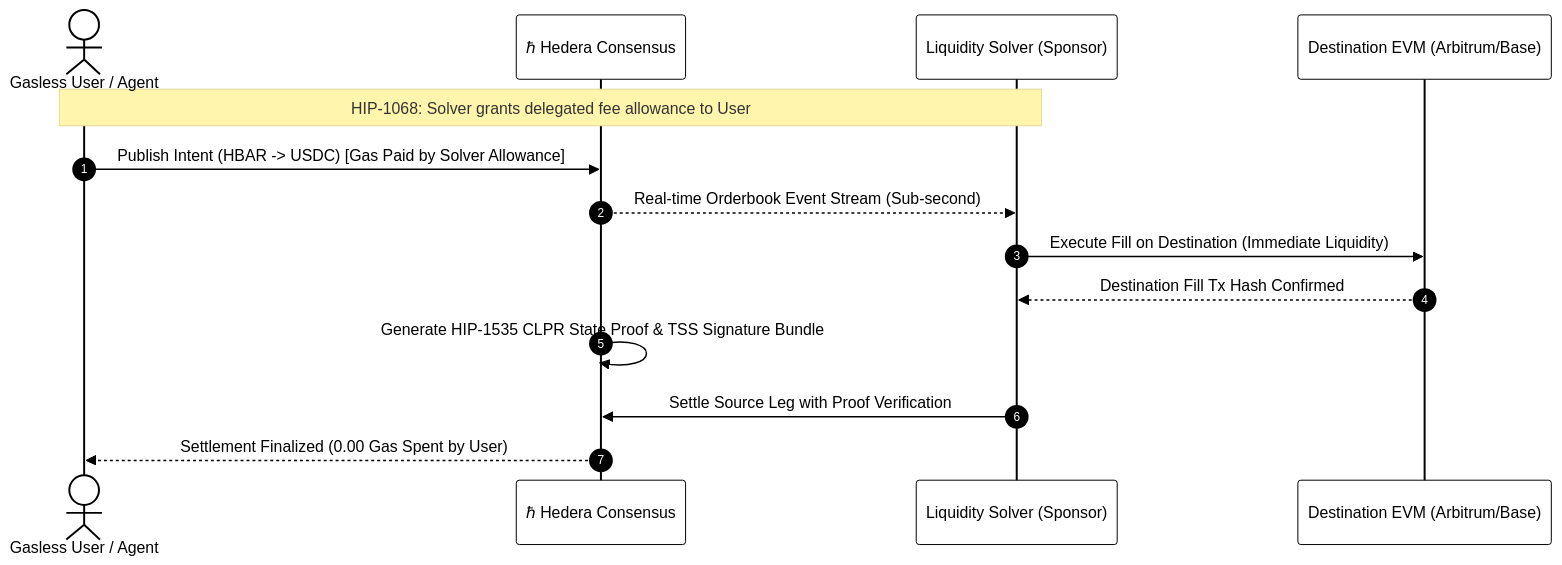
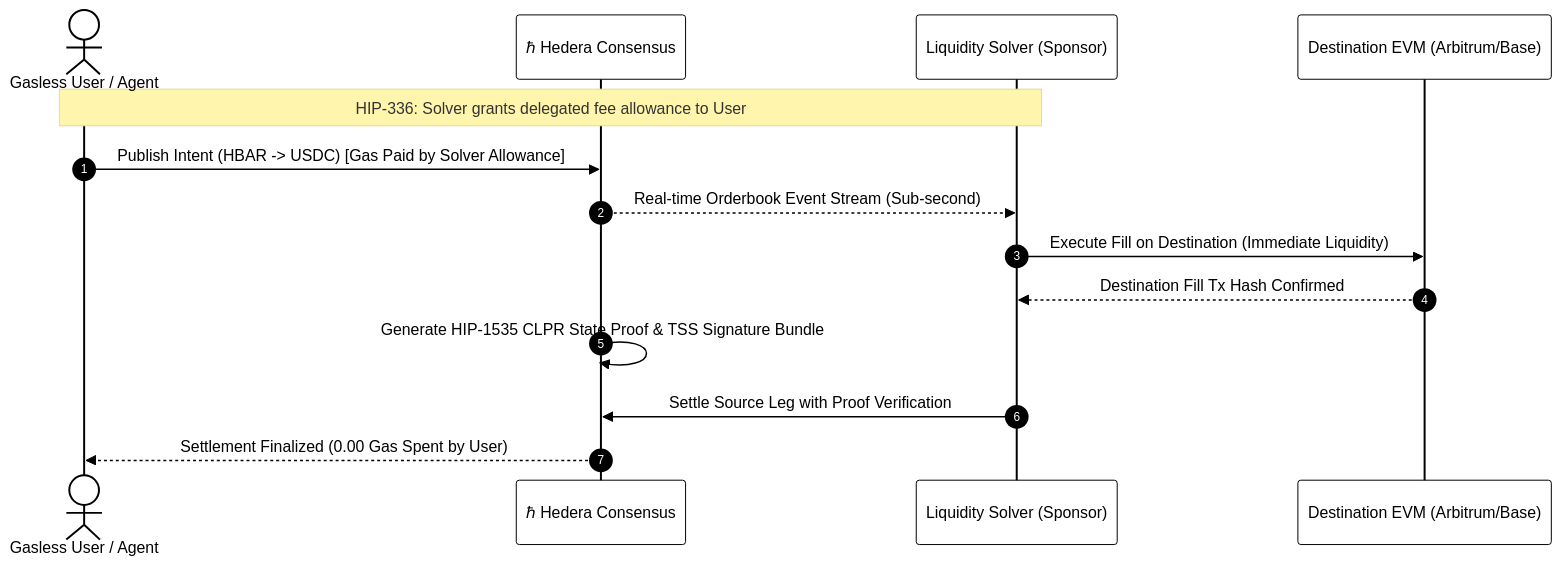
The diagram in course/English/M13_Cross_Ledger_and_Data_Streams/README.md (altaga/Hedera-By-Example), drawn with Mermaid before and after one commit. The commit also changed other lines of this file and 17 other files, not shown here.

Commit message:
Replace nonexistent HIP-1068 with HIP-336 + TransactionId payer docs; honest M1-08 fee wording; throwaway spender fallback for M1-08/M13-02/M13-05

````diff
--- a/course/English/M13_Cross_Ledger_and_Data_Streams/README.md
+++ b/course/English/M13_Cross_Ledger_and_Data_Streams/README.md
@@ -26,35 +26,35 @@
 ```mermaid
 %%{init: {
   'theme': 'base',
   'themeVariables': {
     'primaryColor': '#ffffff',
     'primaryTextColor': '#000000',
     'primaryBorderColor': '#000000',
     'lineColor': '#000000',
     'secondaryColor': '#FF4500',
     'tertiaryColor': '#ffffff',
     'mainBkg': '#ffffff',
     'nodeBorder': '#000000',
     'clusterBkg': '#F9F9F6',
     'clusterBorder': '#000000',
     'fontSize': '14px',
     'fontFamily': 'Inter, system-ui, -apple-system, sans-serif',
     'nodeRadius': '0px'
   }
 }}%%
 sequenceDiagram
     autonumber
     actor User as  Gasless User / Agent
     participant Hedera as ℏ Hedera Consensus
     participant Solver as  Liquidity Solver (Sponsor)
     participant DestChain as  Destination EVM (Arbitrum/Base)
 
-    Note over User,Solver: HIP-1068: Solver grants delegated fee allowance to User
+    Note over User,Solver: HIP-336: Solver grants delegated fee allowance to User
     User->>Hedera: Publish Intent (HBAR -> USDC) [Gas Paid by Solver Allowance]
     Hedera-->>Solver: Real-time Orderbook Event Stream (Sub-second)
     Solver->>DestChain: Execute Fill on Destination (Immediate Liquidity)
     DestChain-->>Solver: Destination Fill Tx Hash Confirmed
     Hedera->>Hedera: Generate HIP-1535 CLPR State Proof & TSS Signature Bundle
     Solver->>Hedera: Settle Source Leg with Proof Verification
     Hedera-->>User: Settlement Finalized (0.00 Gas Spent by User)
 ```
````
